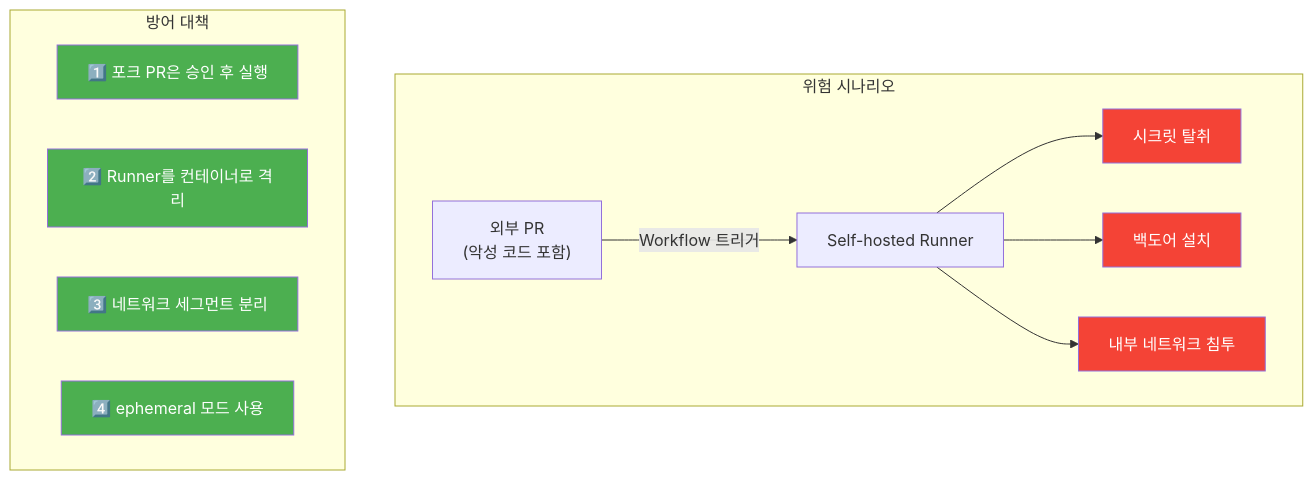
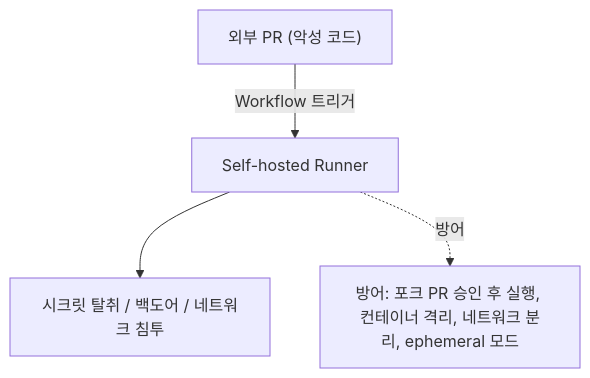
Before and after one commit to yjkim2015/yjkim2015.github.io: the third of 5 diagrams in _posts/cicd/2026-05-03-github-actions-deep.md, drawn with Mermaid. The commit also changed other lines of this file and 215 other files, not shown here.

First line of the commit message:
신규 포스트 10개 추가 + Mermaid 전면 축소 + SystemDesign 시리즈 보강

````diff
--- a/_posts/cicd/2026-05-03-github-actions-deep.md
+++ b/_posts/cicd/2026-05-03-github-actions-deep.md
@@ -357,24 +332,7 @@
 ```mermaid
 graph TB
-    subgraph "위험 시나리오"
-        PR["외부 PR<br/>(악성 코드 포함)"] -->|"Workflow 트리거"| RUNNER["Self-hosted Runner"]
-        RUNNER --> RISK1["시크릿 탈취"]
-        RUNNER --> RISK2["백도어 설치"]
-        RUNNER --> RISK3["내부 네트워크 침투"]
-    end
-
-    subgraph "방어 대책"
-        DEF1["1️⃣ 포크 PR은 승인 후 실행"]
-        DEF2["2️⃣ Runner를 컨테이너로 격리"]
-        DEF3["3️⃣ 네트워크 세그먼트 분리"]
-        DEF4["4️⃣ ephemeral 모드 사용"]
-    end
-
-    style RISK1 fill:#F44336,color:#fff
-    style RISK2 fill:#F44336,color:#fff
-    style RISK3 fill:#F44336,color:#fff
-    style DEF1 fill:#4CAF50,color:#fff
-    style DEF2 fill:#4CAF50,color:#fff
-    style DEF3 fill:#4CAF50,color:#fff
-    style DEF4 fill:#4CAF50,color:#fff
+    PR["외부 PR (악성 코드)"] -->|"Workflow 트리거"| RUNNER["Self-hosted Runner"]
+    RUNNER --> RISK["시크릿 탈취 / 백도어 / 네트워크 침투"]
+    DEF["방어: 포크 PR 승인 후 실행, 컨테이너 격리, 네트워크 분리, ephemeral 모드"]
+    RUNNER -.->|"방어"| DEF
 ```
````
